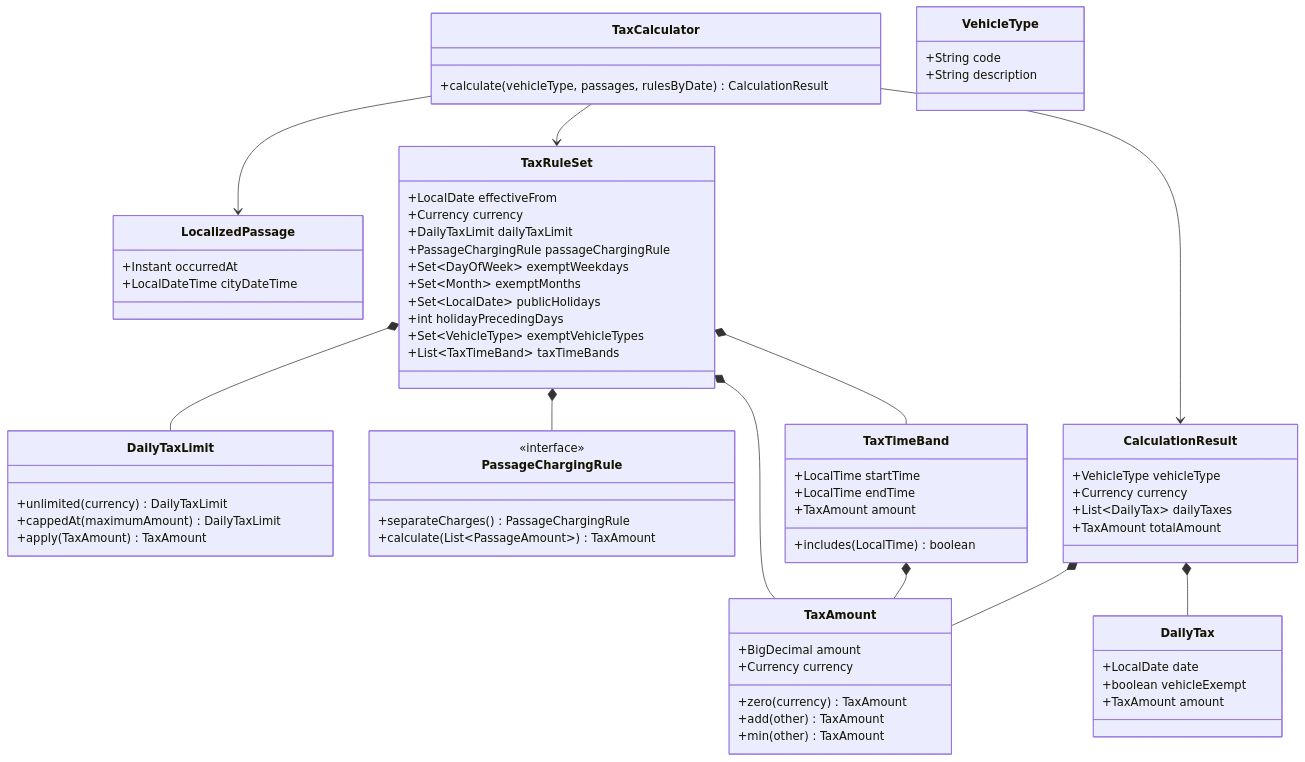
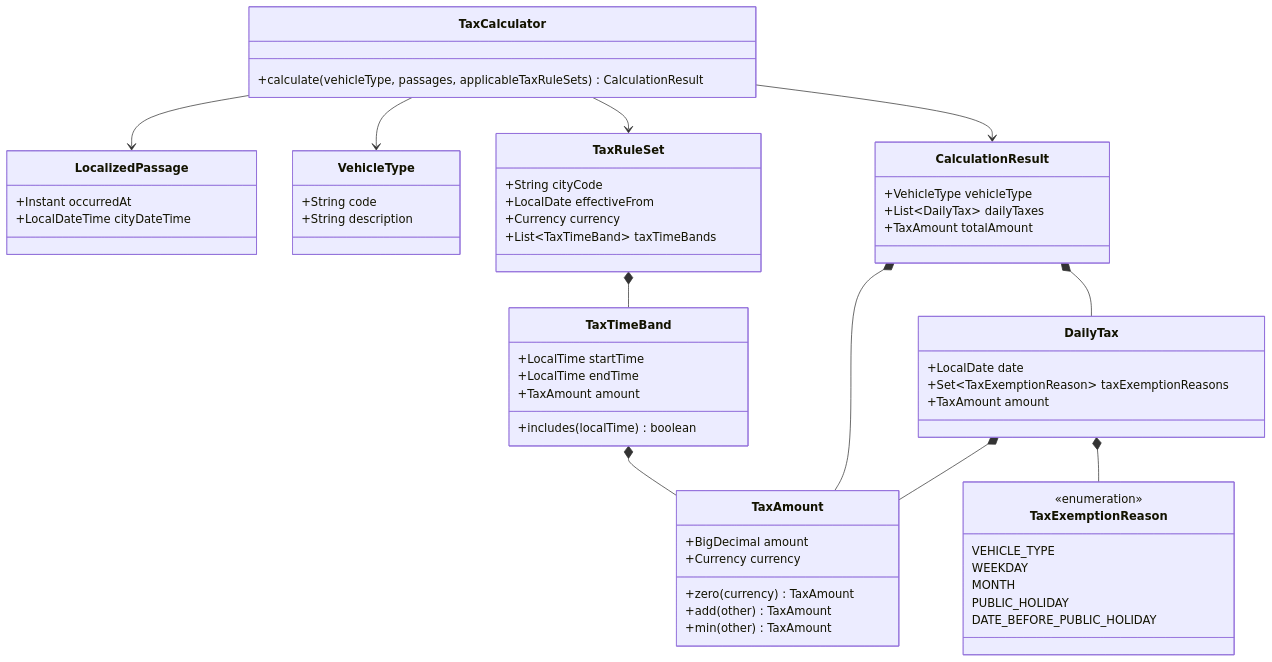
Before and after one commit to igrgin/congestion-tax-calculator: the diagram in docs/design/calculation.md, drawn with Mermaid. The commit also changed other lines of this file and 78 other files, not shown here.

Commit message:
#3 Implement one Passage calculation

````diff
--- a/docs/design/calculation.md
+++ b/docs/design/calculation.md
@@ -41,71 +86,70 @@
 ```mermaid
 classDiagram
     class TaxCalculator {
-        +calculate(vehicleType, passages, rulesByDate) CalculationResult
+        +calculate(vehicleType, passages, applicableTaxRuleSets) CalculationResult
     }
+
     class LocalizedPassage {
         +Instant occurredAt
         +LocalDateTime cityDateTime
     }
+
     class VehicleType {
         +String code
         +String description
     }
+
     class TaxRuleSet {
+        +String cityCode
         +LocalDate effectiveFrom
         +Currency currency
-        +DailyTaxLimit dailyTaxLimit
-        +PassageChargingRule passageChargingRule
-        +Set~DayOfWeek~ exemptWeekdays
-        +Set~Month~ exemptMonths
-        +Set~LocalDate~ publicHolidays
-        +int holidayPrecedingDays
-        +Set~VehicleType~ exemptVehicleTypes
         +List~TaxTimeBand~ taxTimeBands
     }
-    class DailyTaxLimit {
-        +unlimited(currency) DailyTaxLimit
-        +cappedAt(maximumAmount) DailyTaxLimit
-        +apply(TaxAmount) TaxAmount
-    }
-    class PassageChargingRule {
-        <<interface>>
-        +separateCharges() PassageChargingRule
-        +calculate(List~PassageAmount~) TaxAmount
-    }
+
     class TaxTimeBand {
         +LocalTime startTime
         +LocalTime endTime
         +TaxAmount amount
-        +includes(LocalTime) boolean
+        +includes(localTime) boolean
     }
+
     class TaxAmount {
         +BigDecimal amount
         +Currency currency
         +zero(currency) TaxAmount
         +add(other) TaxAmount
         +min(other) TaxAmount
     }
+
+    class TaxExemptionReason {
+        <<enumeration>>
+        VEHICLE_TYPE
+        WEEKDAY
+        MONTH
+        PUBLIC_HOLIDAY
+        DATE_BEFORE_PUBLIC_HOLIDAY
+    }
+
     class DailyTax {
         +LocalDate date
-        +boolean vehicleExempt
+        +Set~TaxExemptionReason~ taxExemptionReasons
         +TaxAmount amount
     }
+
     class CalculationResult {
         +VehicleType vehicleType
-        +Currency currency
         +List~DailyTax~ dailyTaxes
         +TaxAmount totalAmount
     }
 
     TaxCalculator --> LocalizedPassage
+    TaxCalculator --> VehicleType
     TaxCalculator --> TaxRuleSet
     TaxCalculator --> CalculationResult
     TaxRuleSet *-- TaxTimeBand
-    TaxRuleSet *-- TaxAmount
-    TaxRuleSet *-- DailyTaxLimit
-    TaxRuleSet *-- PassageChargingRule
     TaxTimeBand *-- TaxAmount
     CalculationResult *-- DailyTax
     CalculationResult *-- TaxAmount
+    DailyTax *-- TaxExemptionReason
+    DailyTax *-- TaxAmount
 ```
````
